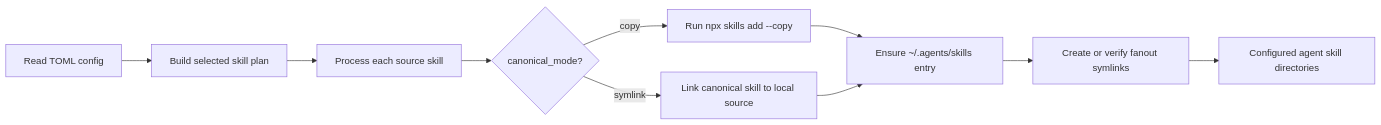
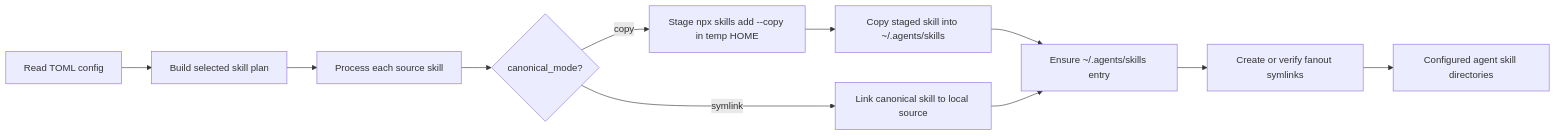
Before and after one commit to marcomc/skills-installer: the first of 2 diagrams in README.md, drawn with Mermaid. The commit also changed other lines of this file and 3 other files, not shown here.

Commit message:
Fix canonical copy fanout behavior

````diff
--- a/README.md
+++ b/README.md
@@ -147,14 +147,15 @@
 ```mermaid
 flowchart LR
   accTitle: External skills install workflow
   accDescr: Shows how the script reads config, selects skills, creates canonical entries, and links agent-specific skill directories.
   config["Read TOML config"] --> plan["Build selected skill plan"]
   plan --> source["Process each source skill"]
   source --> mode{"canonical_mode?"}
-  mode -->|copy| copy["Run npx skills add --copy"]
+  mode -->|copy| copy["Stage npx skills add --copy in temp HOME"]
+  copy --> copyCanonical["Copy staged skill into ~/.agents/skills"]
   mode -->|symlink| symlink["Link canonical skill to local source"]
-  copy --> canonical["Ensure ~/.agents/skills entry"]
+  copyCanonical --> canonical["Ensure ~/.agents/skills entry"]
   symlink --> canonical
   canonical --> fanout["Create or verify fanout symlinks"]
   fanout --> targets["Configured agent skill directories"]
 ```
````
